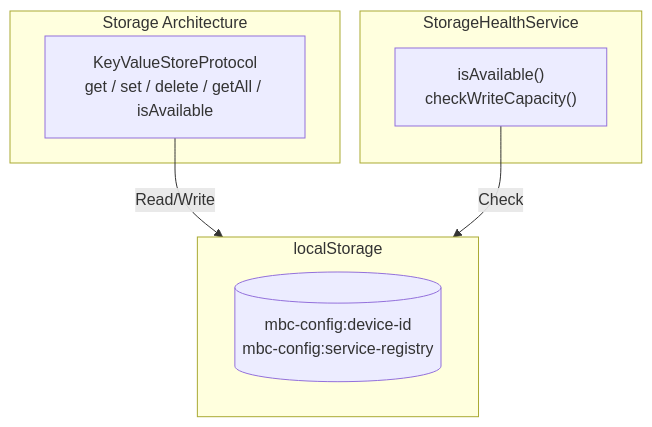
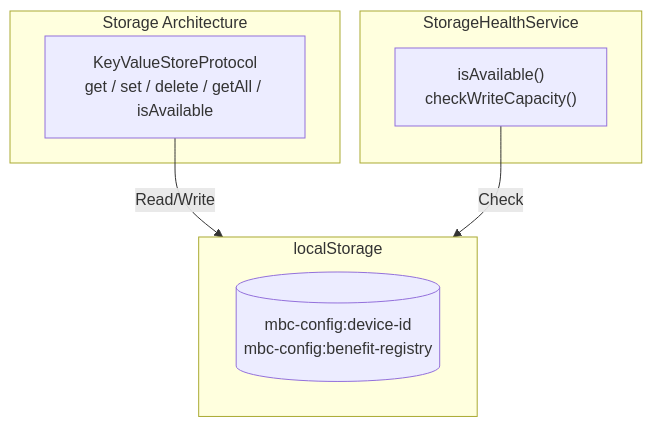
One commit to widdestoyud/assesment-s1-2026 changed the first of 4 diagrams in docs/wiki/membership-benefit-card/04-Technical-Flows/Storage-Architecture.md. Above: the diagram before and after it, drawn with Mermaid. The commit also changed other lines of this file and 31 other files, not shown here.

First line of the commit message:
docs(mbc): Update all documentation for ServiceType to BenefitType rename

````diff
--- a/docs/wiki/membership-benefit-card/04-Technical-Flows/Storage-Architecture.md
+++ b/docs/wiki/membership-benefit-card/04-Technical-Flows/Storage-Architecture.md
@@ -11,17 +11,17 @@
 ```mermaid
 graph TB
     subgraph SA["Storage Architecture"]
         API["KeyValueStoreProtocol<br/>get / set / delete / getAll / isAvailable"]
     end
 
     subgraph Storage["localStorage"]
-        LS[(mbc-config:device-id<br/>mbc-config:service-registry)]
+        LS[(mbc-config:device-id<br/>mbc-config:benefit-registry)]
     end
 
     subgraph Health["StorageHealthService"]
         HC["isAvailable()<br/>checkWriteCapacity()"]
     end
 
     API -->|Read/Write| Storage
     HC -->|Check| Storage
 ```
````
